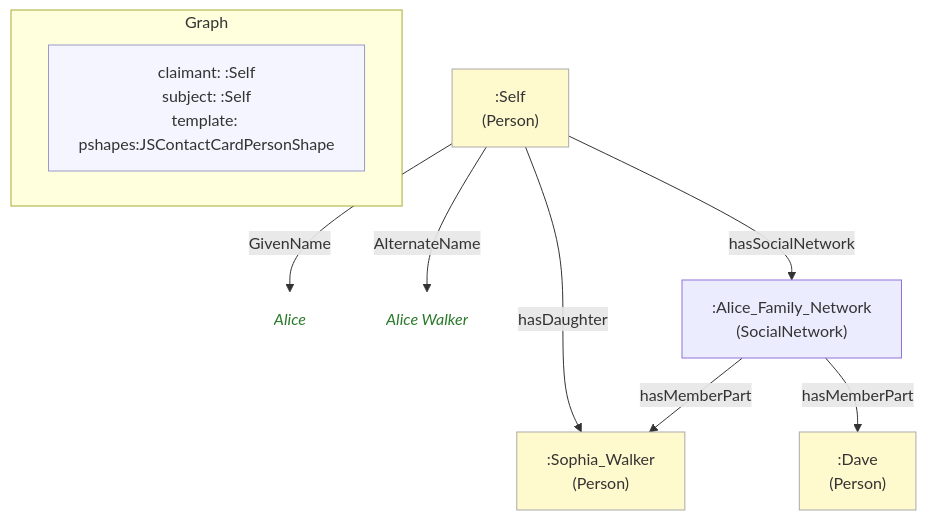
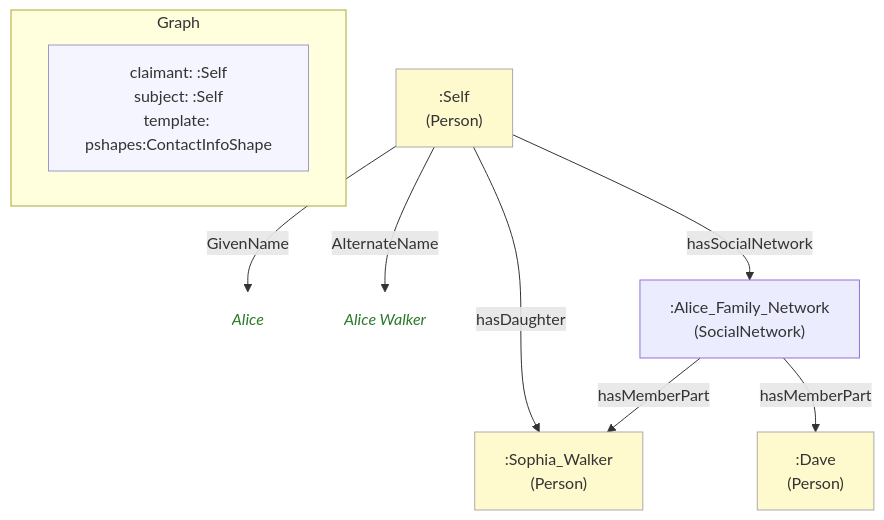
Before and after one commit to MeeFoundation/mia-ontologies: the diagram in example/graphs/images/graph-21.mmd, drawn with Mermaid. The commit also changed 170 other files, not shown here.

First line of the commit message:
Rename JSContactCard to ContactInfo; allow a manual topic on any MemberCell

```diff
--- a/example/graphs/images/graph-21.mmd
+++ b/example/graphs/images/graph-21.mmd
@@ -1,24 +1,24 @@
 flowchart TD
     classDef person fill:#fffacd,stroke:#aaa,color:#333
     classDef org    fill:#cce5ff,stroke:#aaa,color:#333
     classDef lit    fill:none,stroke:none,font-style:italic,color:#2a7a2a
     classDef meta   fill:#f5f5ff,stroke:#9999cc,color:#333
 
     subgraph ctx["Graph"]
         direction LR
-        ctx_meta["claimant: :Self\nsubject: :Self\ntemplate: pshapes:JSContactCardPersonShape"]:::meta
+        ctx_meta["claimant: :Self\nsubject: :Self\ntemplate: pshapes:ContactInfoShape"]:::meta
     end
 
     n29ddd4160a4b[":Alice_Family_Network\n(SocialNetwork)"]
     n2862909bb09a[":Sophia_Walker\n(Person)"]:::person
     n1c28f5f47932[":Dave\n(Person)"]:::person
     ne0c3ba92f1db[":Self\n(Person)"]:::person
-    n8c081226ffaa("Alice"):::lit
-    n1162704a6f51("Alice Walker"):::lit
+    n5166b9d83c0b("Alice"):::lit
+    n2840c63b9399("Alice Walker"):::lit
 
     n29ddd4160a4b -->|"hasMemberPart"| n2862909bb09a
     n29ddd4160a4b -->|"hasMemberPart"| n1c28f5f47932
-    ne0c3ba92f1db -->|"GivenName"| n8c081226ffaa
-    ne0c3ba92f1db -->|"AlternateName"| n1162704a6f51
+    ne0c3ba92f1db -->|"GivenName"| n5166b9d83c0b
+    ne0c3ba92f1db -->|"AlternateName"| n2840c63b9399
     ne0c3ba92f1db -->|"hasDaughter"| n2862909bb09a
     ne0c3ba92f1db -->|"hasSocialNetwork"| n29ddd4160a4b
```
